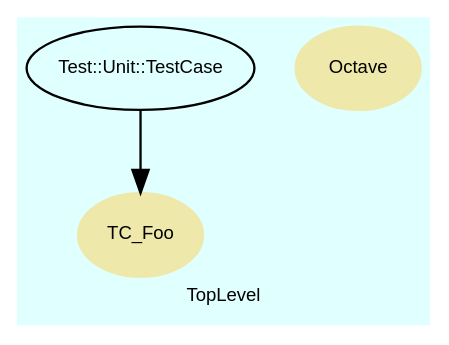
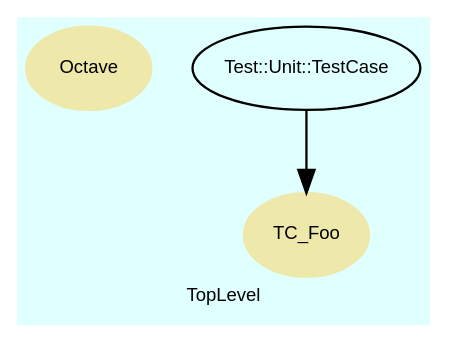
The diagram in doc/dot/f_0.dot (noda50/RubyItk), drawn with Graphviz before and after one commit. The commit also changed 197 other files, not shown here.

```diff
--- a/doc/dot/f_0.dot
+++ b/doc/dot/f_0.dot
@@ -1,40 +1,40 @@
 digraph TopLevel {
-    fontsize = 8
-    compound = true
     label = "TopLevel"
     bgcolor = lightcyan1
+    fontsize = 8
     fontname = Arial
+    compound = true
     node [
         fontsize = 8,
-        fontname = Arial,
-        color = black
+        color = black,
+        fontname = Arial
+    ]
+
+    Octave [
+        style = filled,
+        URL = "classes/Octave.html",
+        color = palegoldenrod,
+        shape = ellipse,
+        fontcolor = black,
+        label = "Octave"
     ]
 
     TC_Foo [
+        style = filled,
+        URL = "classes/TC_Foo.html",
+        color = palegoldenrod,
+        shape = ellipse,
         fontcolor = black,
-        shape = ellipse,
-        URL = "classes/TC_Foo.html",
-        style = filled,
-        color = palegoldenrod,
         label = "TC_Foo"
-    ]
-
-    Octave [
-        fontcolor = black,
-        shape = ellipse,
-        URL = "classes/Octave.html",
-        style = filled,
-        color = palegoldenrod,
-        label = "Octave"
     ]
 
     Test__Unit__TestCase [
         URL = "classes/Test/Unit/TestCase.html",
         label = "Test::Unit::TestCase"
     ]
 
     Test__Unit__TestCase -> TC_Foo [
 
     ]
 
 }
```
